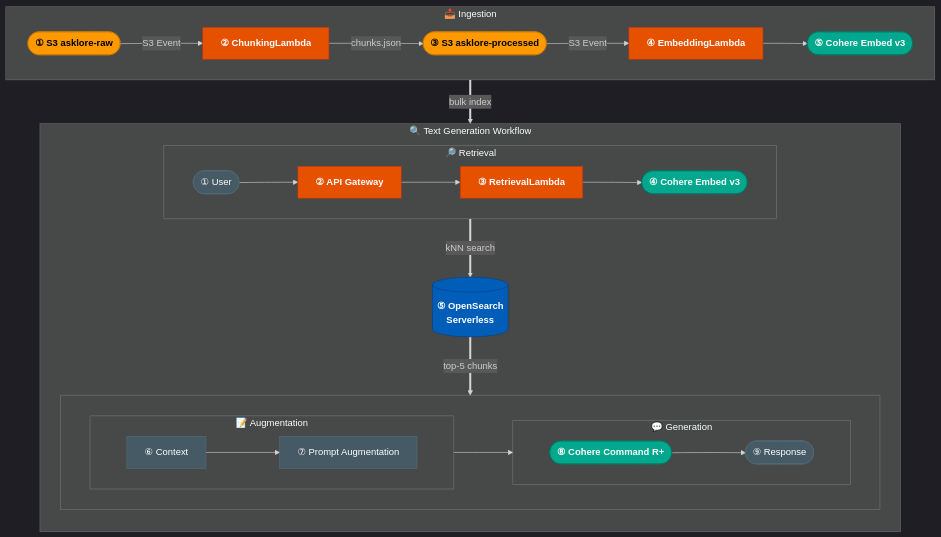
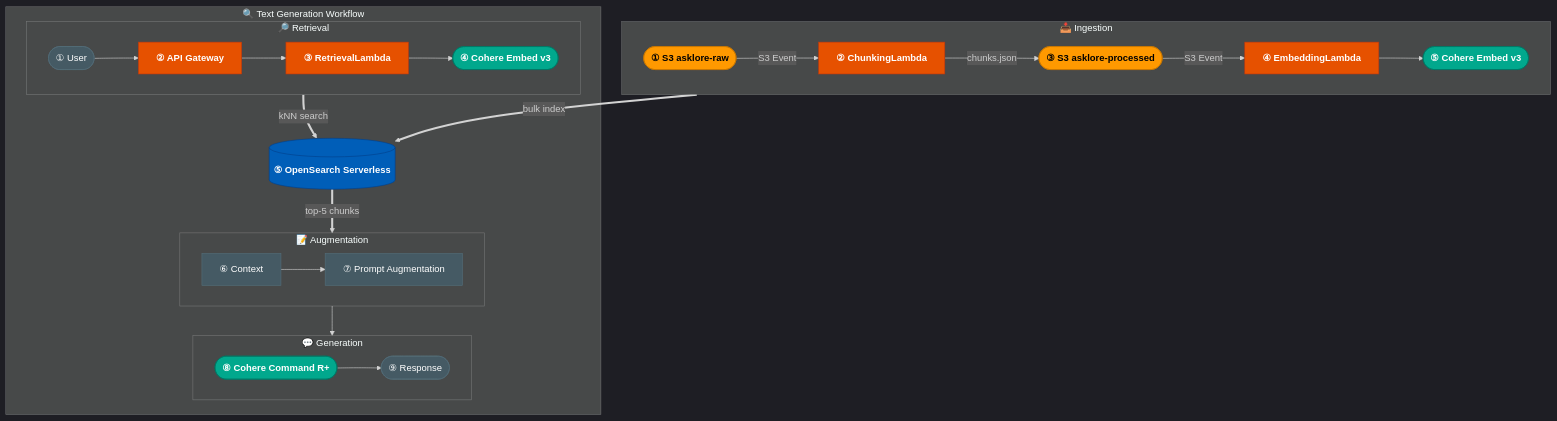
Before and after one commit to Sunilrana1978/AskLore: the diagram in README.md, drawn with Mermaid.

Commit message:
Put Ingestion above QRY to eliminate all backward arrows
Moving ING to the top makes CE1→VS a forward arrow in flowchart TB.
All connections now flow downward: ING→VS, CE2→VS, VS→CTX, AUG→GEN.
Mermaid can render straight lines for every edge — no curved backflows.

````diff
--- a/README.md
+++ b/README.md
@@ -9,40 +9,36 @@
 ```mermaid
 %%{init: {'theme': 'dark'}}%%
 flowchart TB
 
     classDef s3      fill:#FF9900,stroke:#cc7a00,color:#000,font-weight:bold
     classDef lambda  fill:#E65100,stroke:#bf360c,color:#fff,font-weight:bold
     classDef bedrock fill:#01A88D,stroke:#007a67,color:#fff,font-weight:bold
     classDef os      fill:#005EB8,stroke:#003f8a,color:#fff,font-weight:bold
     classDef ext     fill:#455A64,stroke:#546E7A,color:#fff
 
-    subgraph QRY["🔍 Text Generation Workflow"]
-        direction TB
-        subgraph RET["🔎 Retrieval"]
-            direction LR
-            USR(["① User"]):::ext --> GW["② API Gateway"]:::lambda --> RL["③ RetrievalLambda"]:::lambda --> CE2(["④ Cohere Embed v3"]):::bedrock
-        end
-        VS[("⑤ OpenSearch\nServerless")]:::os
-        subgraph AG[" "]
-            direction LR
-            subgraph AUG["📝 Augmentation"]
-                direction LR
-                CTX["⑥ Context"]:::ext --> PA["⑦ Prompt Augmentation"]:::ext
-            end
-            subgraph GEN["💬 Generation"]
-                direction LR
-                LLM(["⑧ Cohere Command R+"]):::bedrock --> RESP(["⑨ Response"]):::ext
-            end
-            PA --> LLM
-        end
-        CE2 ==>|kNN search| VS
-        VS ==>|top-5 chunks| CTX
-    end
-
     subgraph ING["📥 Ingestion"]
         direction LR
         DS(["① S3 asklore-raw"]):::s3 -->|S3 Event| CL["② ChunkingLambda"]:::lambda -->|chunks.json| PROC(["③ S3 asklore-processed"]):::s3 -->|S3 Event| EL["④ EmbeddingLambda"]:::lambda --> CE1(["⑤ Cohere Embed v3"]):::bedrock
     end
 
+    subgraph QRY["🔍 Text Generation Workflow"]
+        subgraph RET["🔎 Retrieval"]
+            direction LR
+            USR(["① User"]):::ext --> GW["② API Gateway"]:::lambda --> RL["③ RetrievalLambda"]:::lambda --> CE2(["④ Cohere Embed v3"]):::bedrock
+        end
+        VS[("⑤ OpenSearch Serverless")]:::os
+        subgraph AUG["📝 Augmentation"]
+            direction LR
+            CTX["⑥ Context"]:::ext --> PA["⑦ Prompt Augmentation"]:::ext
+        end
+        subgraph GEN["💬 Generation"]
+            direction LR
+            LLM(["⑧ Cohere Command R+"]):::bedrock --> RESP(["⑨ Response"]):::ext
+        end
+        CE2 ==>|kNN search| VS
+        VS ==>|top-5 chunks| CTX
+        PA --> LLM
+    end
+
     CE1 ==>|bulk index| VS
 ```
````
